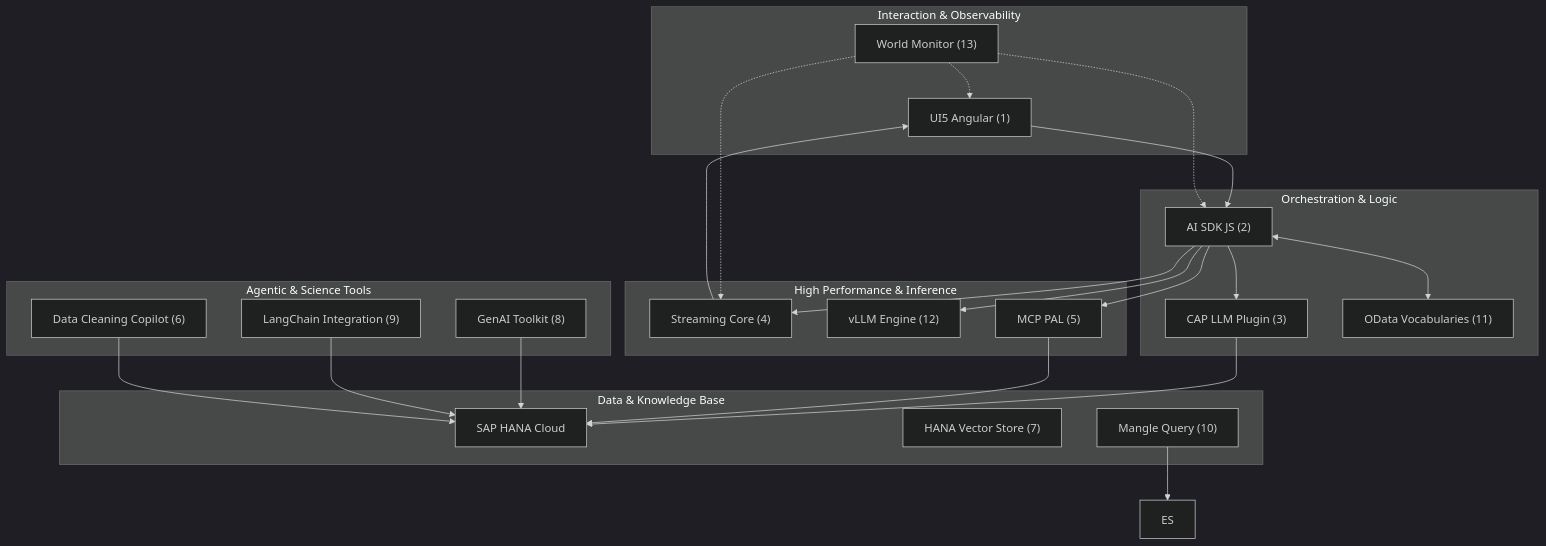
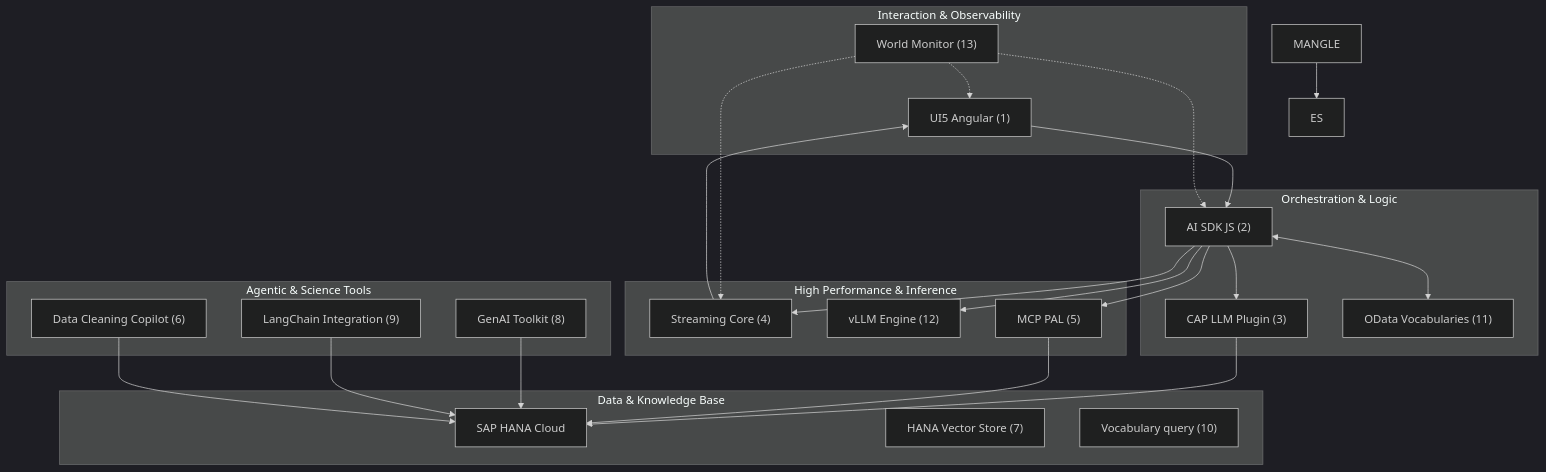
Before and after one commit to GJKarthik/sap-oss-v1: the second of 7 diagrams in docs/business-briefs/04-ensemble-of-services.md, drawn with Mermaid (dark theme). The commit also changed other lines of this file and 2548 other files, not shown here.

````diff
--- a/docs/business-briefs/04-ensemble-of-services.md
+++ b/docs/business-briefs/04-ensemble-of-services.md
@@ -63,48 +63,48 @@
 ```mermaid
 flowchart TD
     subgraph InteractionLayer["Interaction & Observability"]
         UI["UI5 Angular (1)"]
         WM["World Monitor (13)"]
     end
 
     subgraph OrchestrationLayer["Orchestration & Logic"]
         SDK["AI SDK JS (2)"]
         CAP["CAP LLM Plugin (3)"]
         ODATA["OData Vocabularies (11)"]
     end
 
     subgraph InferenceLayer["High Performance & Inference"]
         STR["Streaming Core (4)"]
         VLLM["vLLM Engine (12)"]
         PAL["MCP PAL (5)"]
     end
 
     subgraph DataLayer["Data & Knowledge Base"]
         HANA["SAP HANA Cloud"]
         HVS["HANA Vector Store (7)"]
-        MANGLE["Mangle Query (10)"]
+        VOCAB["Vocabulary query (10)"]
     end
 
     subgraph AgenticLayer["Agentic & Science Tools"]
         COPILOT["Data Cleaning Copilot (6)"]
         TK["GenAI Toolkit (8)"]
         LC["LangChain Integration (9)"]
     end
 
     UI --> SDK
     SDK --> STR
     STR --> UI
     SDK <--> ODATA
     SDK --> CAP
     CAP --> HANA
     SDK --> PAL
     PAL --> HANA
     TK --> HANA
     LC --> HANA
     COPILOT --> HANA
     MANGLE --> ES
     SDK --> VLLM
     WM -.-> UI
     WM -.-> SDK
     WM -.-> STR
 ```
````
